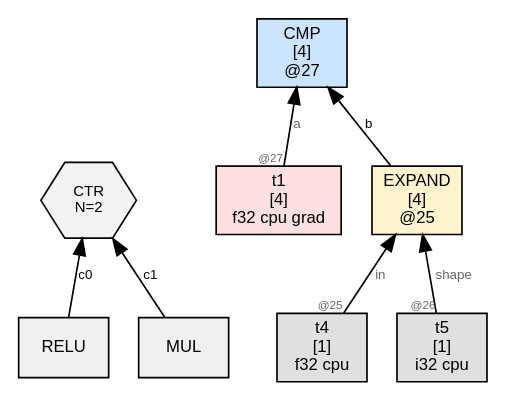
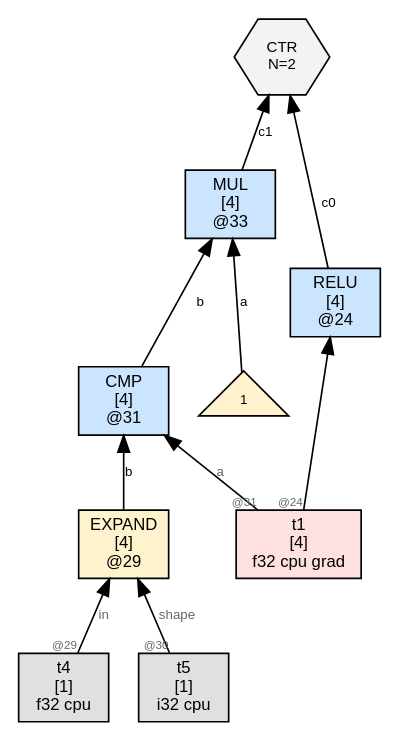
One commit to sw1sh/TinyHVM changed the diagram in wl/examples/thvm_graphs/grad_rules/relu/thvm_2_post_sweep.dot. Above: the diagram before and after it, drawn with Graphviz. The commit also changed 309 other files, not shown here.

First line of the commit message:
grad: CTR at step 0; no external DUP; Leibniz visible in step 1

```diff
--- a/wl/examples/thvm_graphs/grad_rules/relu/thvm_2_post_sweep.dot
+++ b/wl/examples/thvm_graphs/grad_rules/relu/thvm_2_post_sweep.dot
@@ -1,20 +1,24 @@
 digraph G {
   rankdir=BT;
   node [fontname="Helvetica", fontsize=10, style=filled, shape=box, margin="0.1,0.05"];
   edge [fontsize=8, fontname="Helvetica"];
 
-  ctr33 [label="CTR\nN=2", shape=hexagon, fillcolor="#f3f3f3", fontsize=9];
-  n22 [label="RELU", shape=box, fillcolor="#f0f0f0"];
-  n22 -> ctr33 [label="c0"];
-  n29 [label="MUL", shape=box, fillcolor="#f0f0f0"];
-  n29 -> ctr33 [label="c1"];
-  n25 [label="EXPAND\n[4]\n@25", shape=box, fillcolor="#fff3cd"];
+  n24 [label="RELU\n[4]\n@24", shape=box, fillcolor="#cce5ff"];
+  t1 [label="t1\n[4]\nf32 cpu grad",shape=box,fillcolor="#ffe0e0"];
+  t1 -> n24 [label="",taillabel="@24",labelfontsize=7,fontcolor="#666666"];
+  n33 [label="MUL\n[4]\n@33", shape=box, fillcolor="#cce5ff"];
+  num33_0 [label="1",shape=triangle,fillcolor="#fff2cc",fontsize=8];
+  num33_0 -> n33 [label="a"];
+  n31 -> n33 [label="b"];
+  ctr22 [label="CTR\nN=2", shape=hexagon, fillcolor="#f3f3f3", fontsize=9];
+  n24 -> ctr22 [label="c0"];
+  n33 -> ctr22 [label="c1"];
+  n29 [label="EXPAND\n[4]\n@29", shape=box, fillcolor="#fff3cd"];
   t4 [label="t4\n[1]\nf32 cpu",shape=box,fillcolor="#e0e0e0"];
-  t4 -> n25 [label="in",taillabel="@25",labelfontsize=7,fontcolor="#666666"];
+  t4 -> n29 [label="in",taillabel="@29",labelfontsize=7,fontcolor="#666666"];
   t5 [label="t5\n[1]\ni32 cpu",shape=box,fillcolor="#e0e0e0"];
-  t5 -> n25 [label="shape",taillabel="@26",labelfontsize=7,fontcolor="#666666"];
-  n27 [label="CMP\n[4]\n@27", shape=box, fillcolor="#cce5ff"];
-  t1 [label="t1\n[4]\nf32 cpu grad",shape=box,fillcolor="#ffe0e0"];
-  t1 -> n27 [label="a",taillabel="@27",labelfontsize=7,fontcolor="#666666"];
-  n25 -> n27 [label="b"];
+  t5 -> n29 [label="shape",taillabel="@30",labelfontsize=7,fontcolor="#666666"];
+  n31 [label="CMP\n[4]\n@31", shape=box, fillcolor="#cce5ff"];
+  t1 -> n31 [label="a",taillabel="@31",labelfontsize=7,fontcolor="#666666"];
+  n29 -> n31 [label="b"];
 }
```
